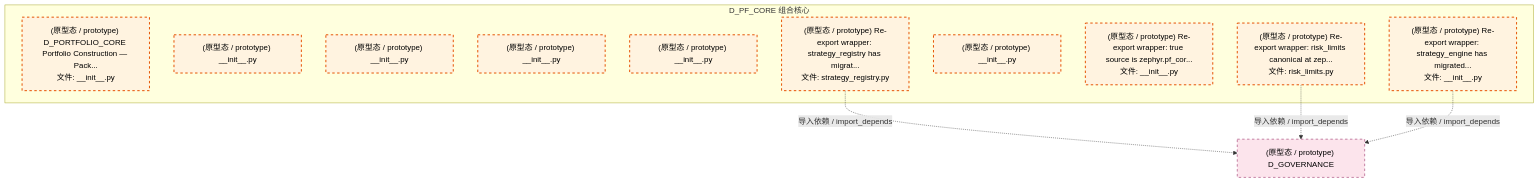
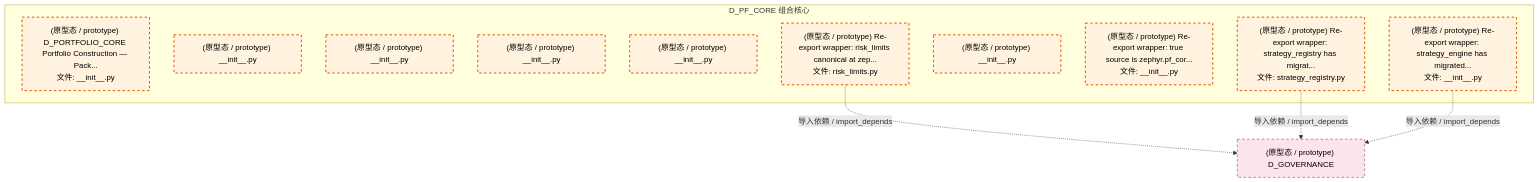
Before and after one commit to xuanFelixVan/ZephyrAlpha: the third of 4 diagrams in docs/02_enterprise_architecture/02_domain_architecture_docs/44_d_pf_core.md, drawn with Mermaid. The commit also changed other lines of this file and 100 other files, not shown here.

````diff
--- a/docs/02_enterprise_architecture/02_domain_architecture_docs/44_d_pf_core.md
+++ b/docs/02_enterprise_architecture/02_domain_architecture_docs/44_d_pf_core.md
@@ -156,25 +156,25 @@
 ```mermaid
 graph TD
     subgraph D_PF_CORE["D_PF_CORE 组合核心"]
         src_zephyr_pf_core_init_py["(原型态 / prototype) D_PORTFOLIO_CORE Portfolio Construction — Pack...<br/>文件: __init__.py"]
         src_zephyr_pf_core_extensions_init_py["(原型态 / prototype) __init__.py"]
         src_zephyr_pf_core_api_init_py["(原型态 / prototype) __init__.py"]
         src_zephyr_pf_core_core_init_py["(原型态 / prototype) __init__.py"]
         src_zephyr_pf_core_infrastructure_init_py["(原型态 / prototype) __init__.py"]
         src_zephyr_pf_core_risk_limits_py["(原型态 / prototype) Re-export wrapper: risk_limits canonical at zep...<br/>文件: risk_limits.py"]
         src_zephyr_pf_core_services_init_py["(原型态 / prototype) __init__.py"]
         src_zephyr_pf_core_strategies_init_py["(原型态 / prototype) Re-export wrapper: true source is zephyr.pf_cor...<br/>文件: __init__.py"]
         src_zephyr_pf_core_strategy_engine_init_py["(原型态 / prototype) Re-export wrapper: strategy_engine has migrated...<br/>文件: __init__.py"]
         src_zephyr_pf_core_strategy_registry_py["(原型态 / prototype) Re-export wrapper: strategy_registry has migrat...<br/>文件: strategy_registry.py"]
     end
     D_GOVERNANCE["(原型态 / prototype) D_GOVERNANCE"]
+    src_zephyr_pf_core_risk_limits_py -.->|导入依赖 / import_depends| D_GOVERNANCE
     src_zephyr_pf_core_strategy_registry_py -.->|导入依赖 / import_depends| D_GOVERNANCE
-    src_zephyr_pf_core_risk_limits_py -.->|导入依赖 / import_depends| D_GOVERNANCE
     src_zephyr_pf_core_strategy_engine_init_py -.->|导入依赖 / import_depends| D_GOVERNANCE
     classDef production fill:#e1f5fe,stroke:#01579b,stroke-width:2px,color:#000
     classDef design fill:#fff3e0,stroke:#e65100,stroke-width:2px,color:#000,stroke-dasharray: 5 5
     classDef external_prod fill:#e8f5e9,stroke:#1b5e20,stroke-width:1px,color:#000
     classDef external_design fill:#fce4ec,stroke:#880e4f,stroke-width:1px,color:#000,stroke-dasharray: 5 5
     class src_zephyr_pf_core_init_py,src_zephyr_pf_core_extensions_init_py,src_zephyr_pf_core_api_init_py,src_zephyr_pf_core_core_init_py,src_zephyr_pf_core_infrastructure_init_py,src_zephyr_pf_core_risk_limits_py,src_zephyr_pf_core_services_init_py,src_zephyr_pf_core_strategies_init_py,src_zephyr_pf_core_strategy_engine_init_py,src_zephyr_pf_core_strategy_registry_py design
     class D_GOVERNANCE external_design
 ```
````
